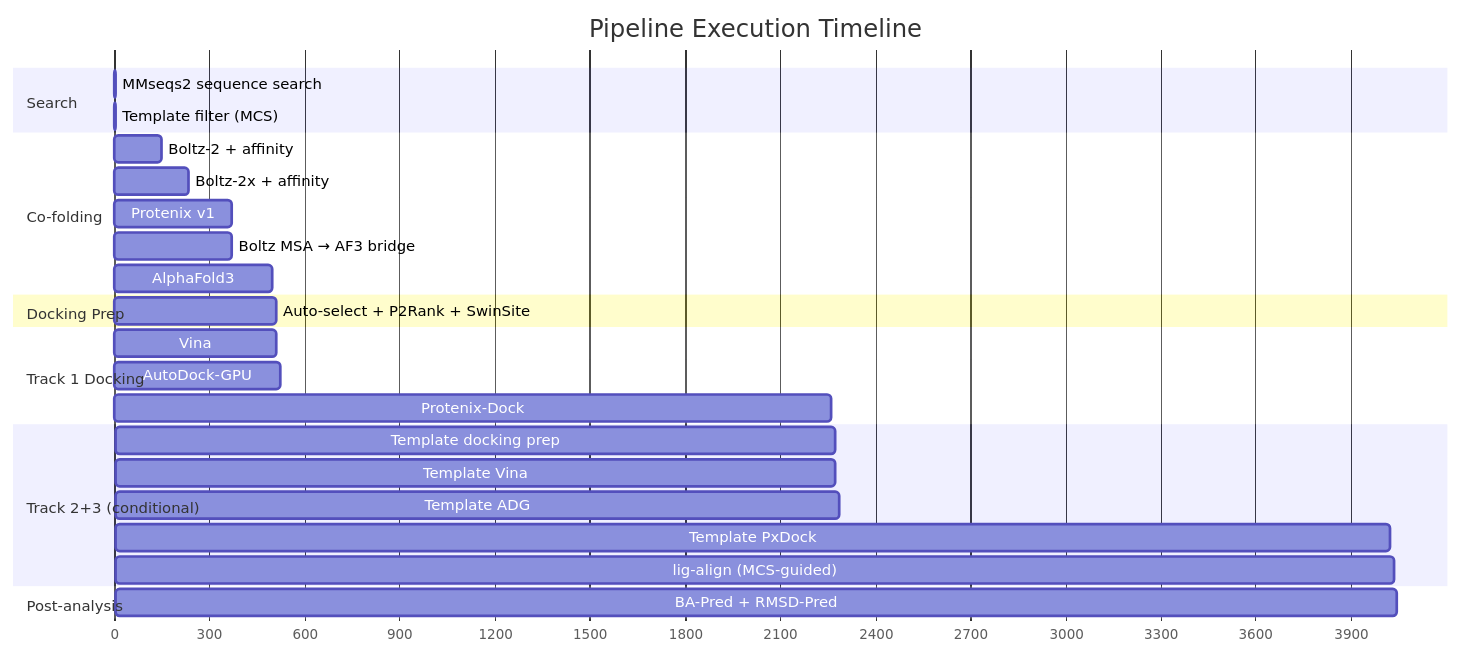
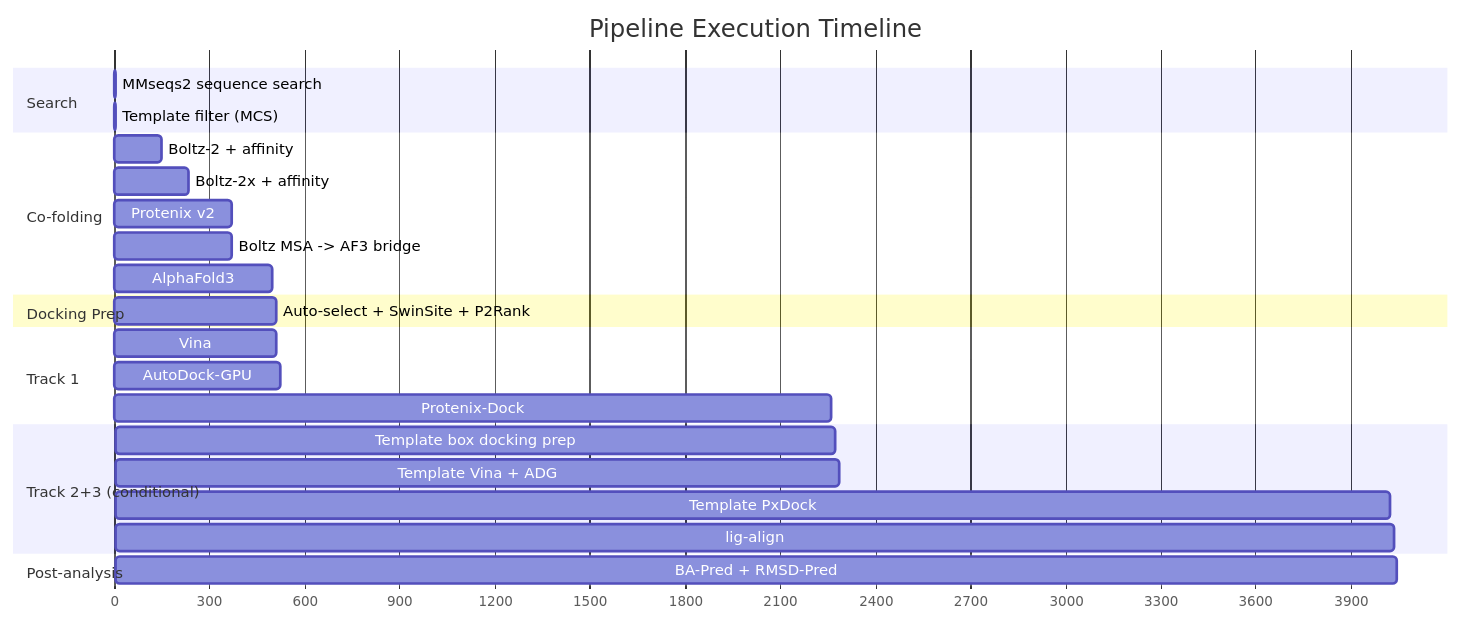
One commit to eightmm/mosaic-pl changed diagram 16 of 17 in docs/pipeline.md. Above: the diagram before and after it, drawn with Mermaid. The commit also changed other lines of this file and 4 other files, not shown here.

First line of the commit message:
docs: rewrite pipeline.md, rename Track 2 to template-based box docking

````diff
--- a/docs/pipeline.md
+++ b/docs/pipeline.md
@@ -263,35 +443,34 @@
 ```mermaid
 gantt
     title Pipeline Execution Timeline
     dateFormat X
     axisFormat %s
 
     section Search
     MMseqs2 sequence search     :0, 3
     Template filter (MCS)       :3, 5
 
     section Co-folding
     Boltz-2 + affinity          :5, 148
     Boltz-2x + affinity         :148, 236
-    Protenix v1                 :236, 369
-    Boltz MSA → AF3 bridge      :369, 370
+    Protenix v2                 :236, 369
+    Boltz MSA -> AF3 bridge     :369, 370
     AlphaFold3                  :370, 499
 
     section Docking Prep
-    Auto-select + P2Rank + SwinSite :499, 509
+    Auto-select + SwinSite + P2Rank :499, 509
 
-    section Track 1 Docking
+    section Track 1
     Vina                        :509, 512
     AutoDock-GPU                :512, 522
     Protenix-Dock               :522, 2262
 
     section Track 2+3 (conditional)
-    Template docking prep       :2262, 2272
-    Template Vina               :2272, 2275
-    Template ADG                :2275, 2285
+    Template box docking prep   :2262, 2272
+    Template Vina + ADG         :2272, 2285
     Template PxDock             :2285, 4025
-    lig-align (MCS-guided)      :4025, 4035
+    lig-align                   :4025, 4035
 
     section Post-analysis
     BA-Pred + RMSD-Pred         :4035, 4045
 ```
````
